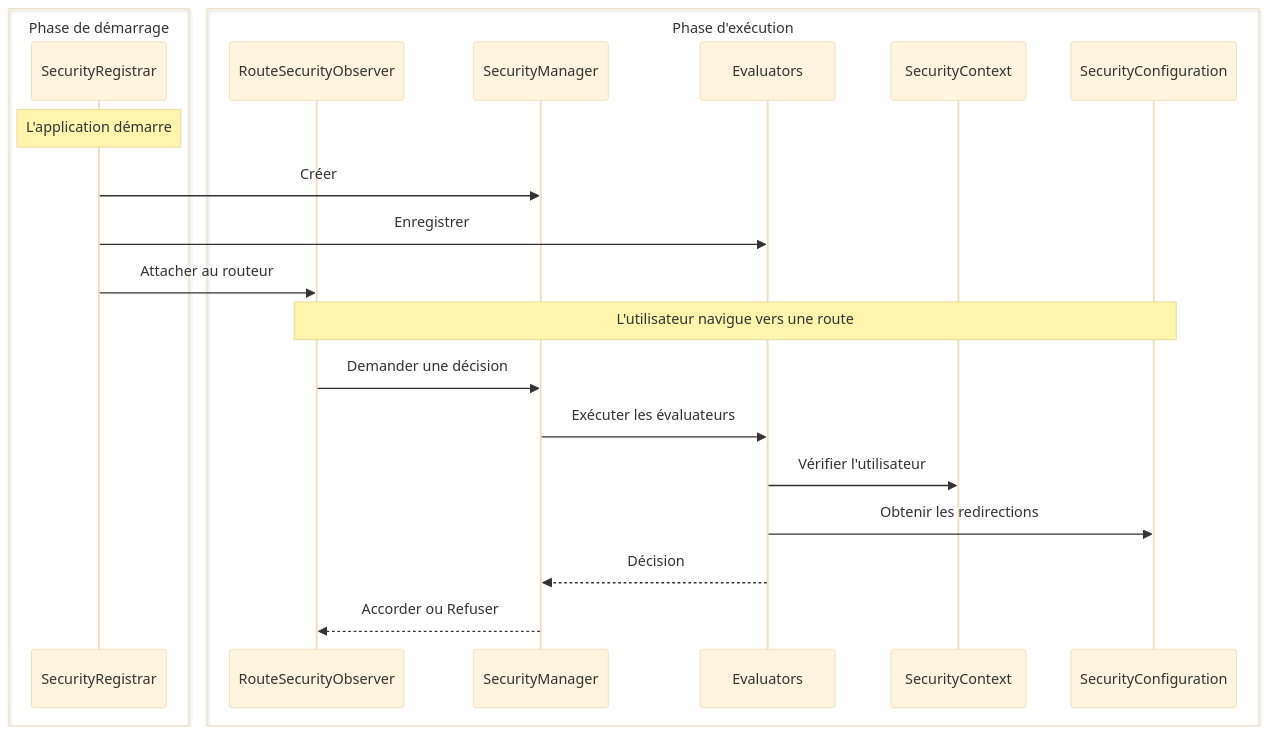
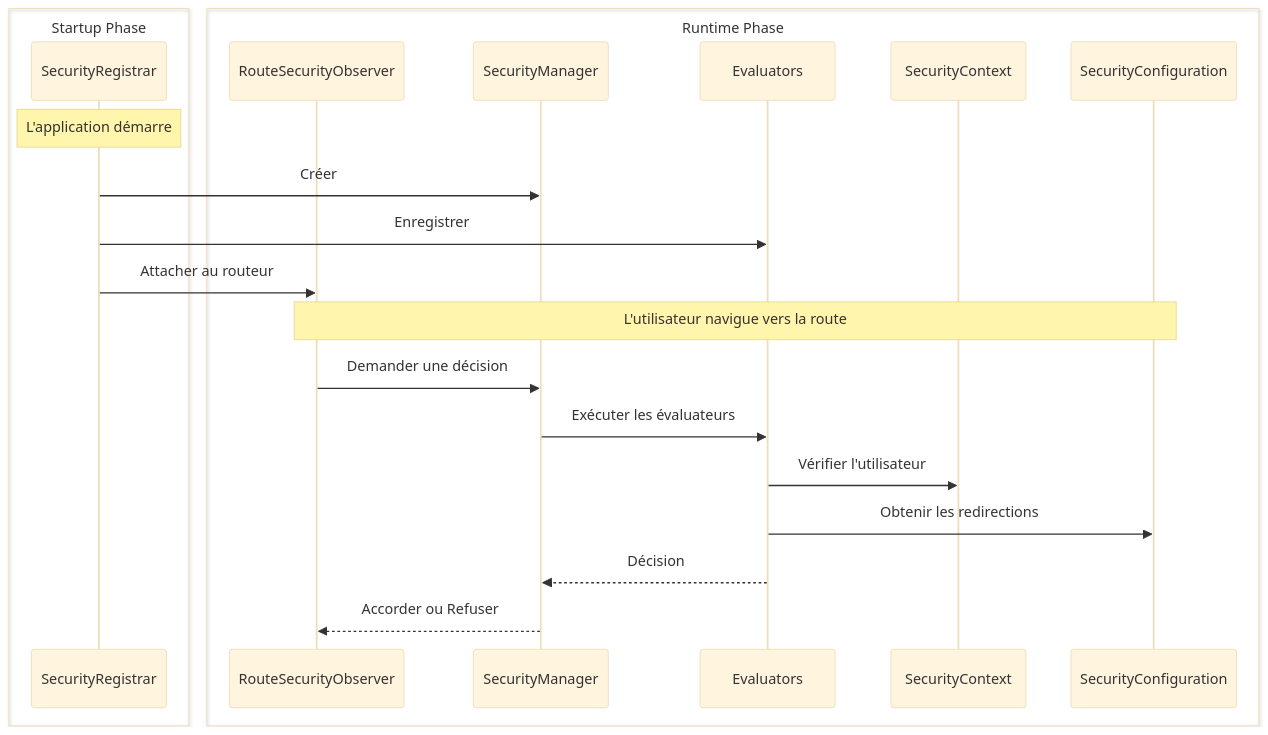
The diagram in docs/i18n/fr/docusaurus-plugin-content-docs/current/security/architecture/custom-implementation.md (webforj/webforj-documentation), drawn with Mermaid (base theme) before and after one commit. The commit also changed other lines of this file and 389 other files, not shown here.

````diff
--- a/docs/i18n/fr/docusaurus-plugin-content-docs/current/security/architecture/custom-implementation.md
+++ b/docs/i18n/fr/docusaurus-plugin-content-docs/current/security/architecture/custom-implementation.md
@@ -25,26 +25,26 @@
 ```mermaid
 sequenceDiagram
-    box Phase de démarrage
-    participant Registrar as SecurityRegistrar
-    end
-    box Phase d'exécution
-    participant Observer as RouteSecurityObserver
-    participant Manager as SecurityManager
-    participant Evaluators
-    participant Context as SecurityContext
-    participant Config as SecurityConfiguration
-    end
+  box Startup Phase
+  participant Registrar as SecurityRegistrar
+  end
+  box Runtime Phase
+  participant Observer as RouteSecurityObserver
+  participant Manager as SecurityManager
+  participant Evaluators
+  participant Context as SecurityContext
+  participant Config as SecurityConfiguration
+  end
 
-    Note over Registrar: L'application démarre
-    Registrar->>Manager: Créer
-    Registrar->>Evaluators: Enregistrer
-    Registrar->>Observer: Attacher au routeur
+  Note over Registrar: L'application démarre
+  Registrar->>Manager: Créer
+  Registrar->>Evaluators: Enregistrer
+  Registrar->>Observer: Attacher au routeur
 
-    Note over Observer,Config: L'utilisateur navigue vers une route
-    Observer->>Manager: Demander une décision
-    Manager->>Evaluators: Exécuter les évaluateurs
-    Evaluators->>Context: Vérifier l'utilisateur
-    Evaluators->>Config: Obtenir les redirections
-    Evaluators-->>Manager: Décision
-    Manager-->>Observer: Accorder ou Refuser
+  Note over Observer,Config: L'utilisateur navigue vers la route
+  Observer->>Manager: Demander une décision
+  Manager->>Evaluators: Exécuter les évaluateurs
+  Evaluators->>Context: Vérifier l'utilisateur
+  Evaluators->>Config: Obtenir les redirections
+  Evaluators-->>Manager: Décision
+  Manager-->>Observer: Accorder ou Refuser
 ```
````
